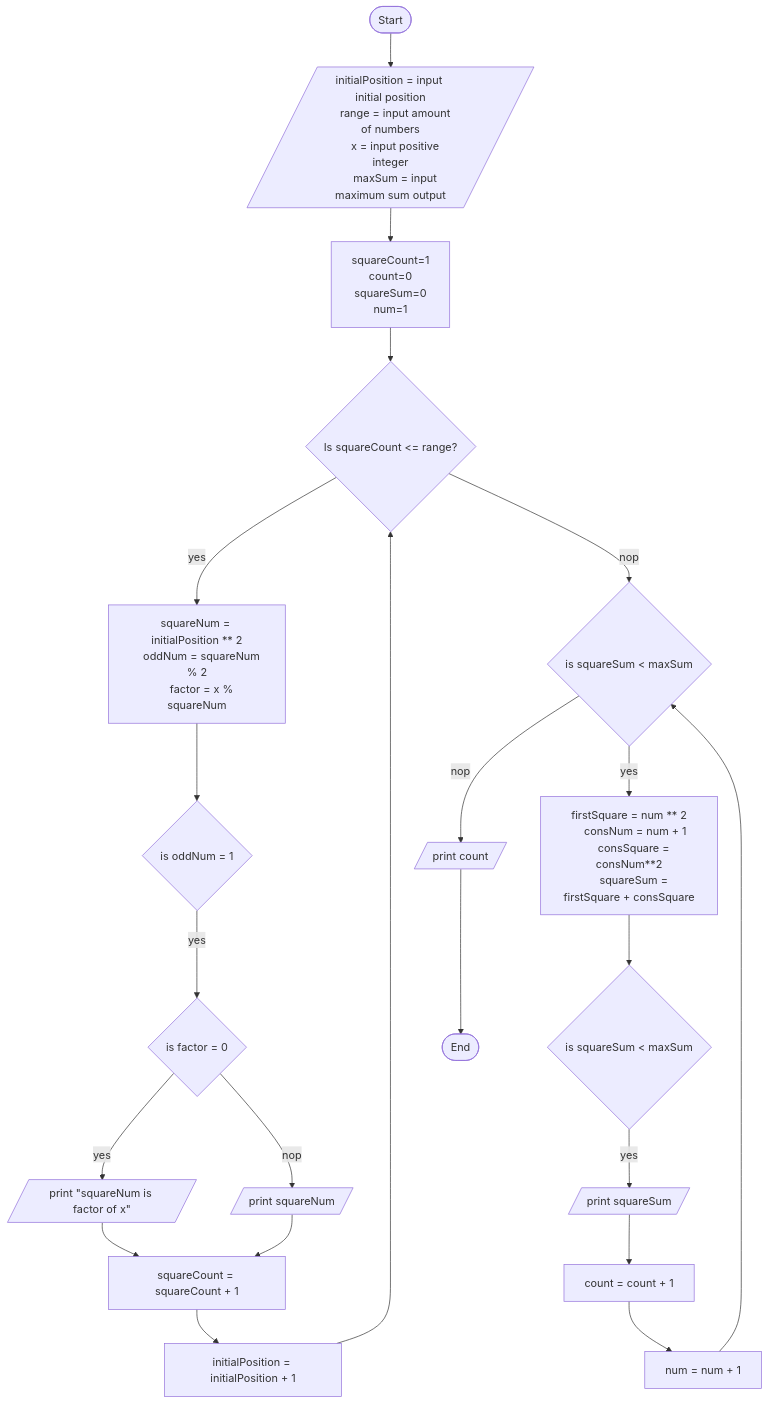
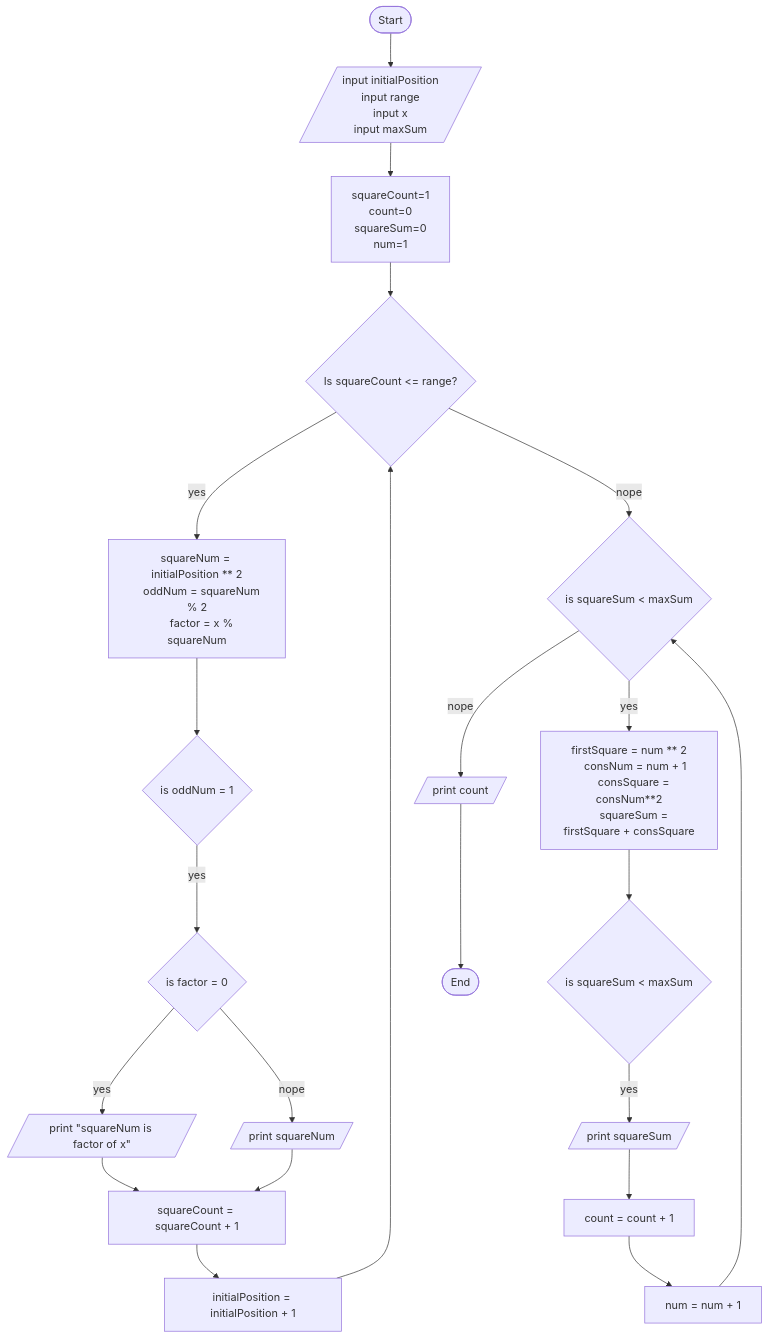
The diagram in flowchart/task2.md (gtugaw/comp1236project), drawn with Mermaid before and after one commit. The commit also changed other lines of this file, not shown here.

Commit message:
Task 2: Minor changes to flowchart

````diff
--- a/flowchart/task2.md
+++ b/flowchart/task2.md
@@ -7,42 +3,42 @@
 ```mermaid
 flowchart TB
     A([Start])
 
-    A-->B[/initialPosition = input initial position
-    range = input amount of numbers
-    x = input positive integer
-    maxSum = input maximum sum output/]
+    A-->B[/input initialPosition 
+    input range
+    input x
+    input maxSum/]
     B-->D[squareCount=1
     count=0
     squareSum=0
     num=1
     ]
 
     D-->E{Is squareCount <= range?}
     E--yes-->F[squareNum = initialPosition ** 2
     oddNum = squareNum % 2
     factor = x % squareNum]
     F-->G{is oddNum = 1}
     G--yes-->H{is factor = 0}
     H--yes-->I[/print "squareNum is factor of x"/]
-    H--nop-->J[/print squareNum/]
+    H--nope-->J[/print squareNum/]
     I-->K[squareCount = squareCount + 1]
     J-->K
     K-->L[initialPosition = initialPosition + 1]
     L-->E
 
-    E--nop-->M{is squareSum < maxSum}
+    E--nope-->M{is squareSum < maxSum}
     M--yes-->N[firstSquare = num ** 2
     consNum = num + 1
     consSquare = consNum**2
     squareSum = firstSquare + consSquare]
     N-->O{is squareSum < maxSum}
     O--yes-->P[/print squareSum/]
     P-->Q[count = count + 1]
     Q-->R[num = num + 1]
     R-->M
-    M--nop-->S[/print count/]
+    M--nope-->S[/print count/]
     S-->T([End])
 
 
 ```
````
